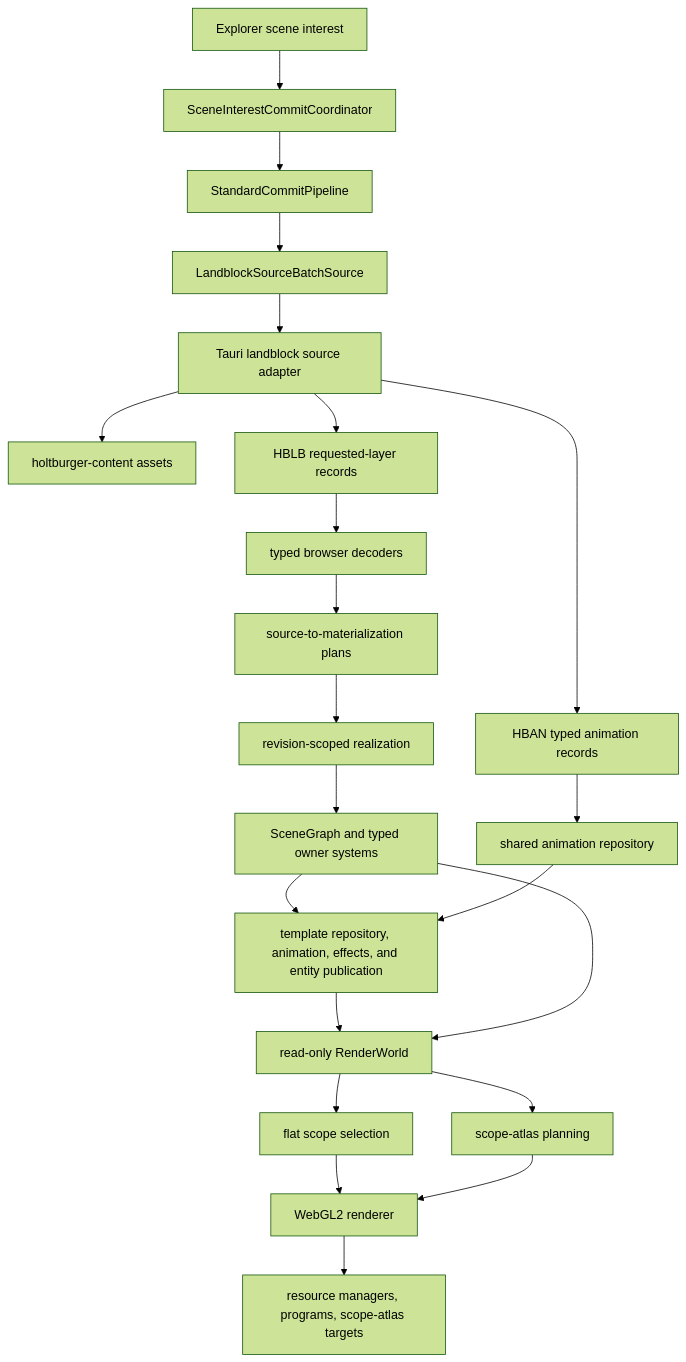
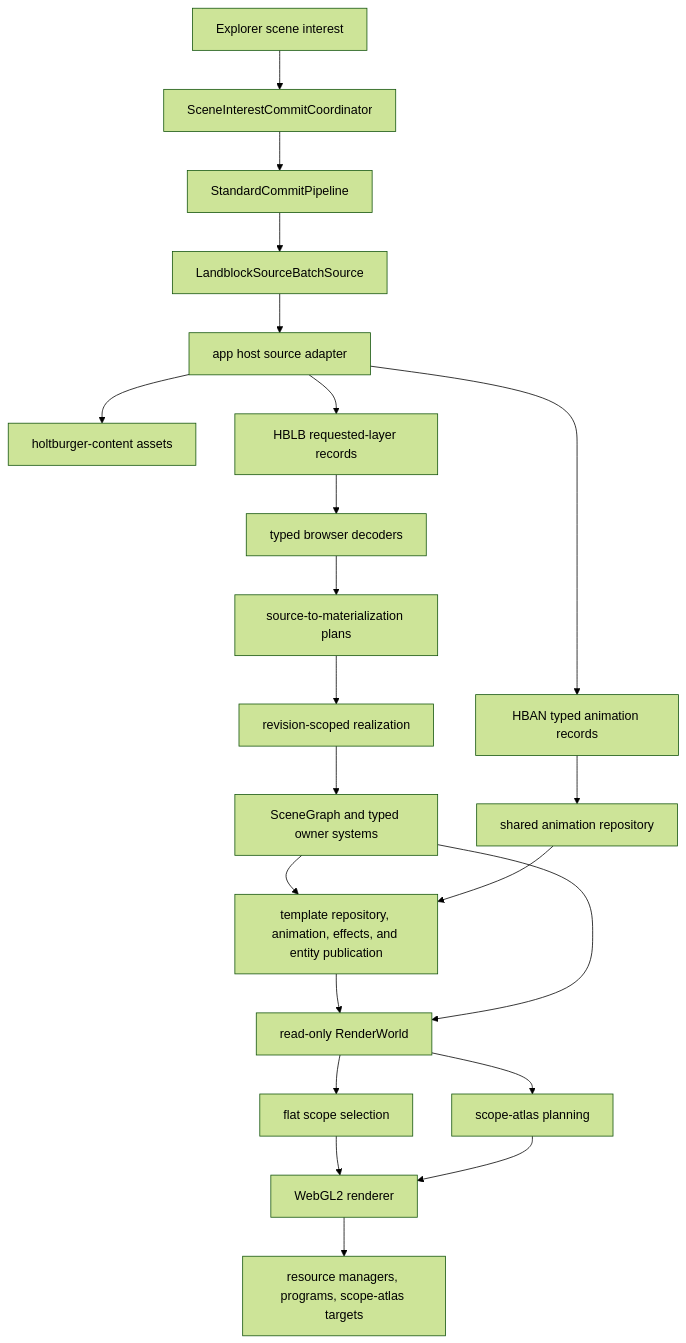
The first of 2 diagrams in apps/holtburger-3d/ARCHITECTURE_AUDIT.md (merklejerk/holtburger), drawn with Mermaid (forest theme) before and after one commit. The commit also changed other lines of this file and 140 other files, not shown here.

````diff
--- a/apps/holtburger-3d/ARCHITECTURE_AUDIT.md
+++ b/apps/holtburger-3d/ARCHITECTURE_AUDIT.md
@@ -26,24 +26,24 @@
 ```mermaid
 flowchart TD
     Interest[Explorer scene interest] --> Coordinator[SceneInterestCommitCoordinator]
     Coordinator --> Pipeline[StandardCommitPipeline]
     Pipeline --> Batch[LandblockSourceBatchSource]
-    Batch --> Host[Tauri landblock source adapter]
+    Batch --> Host[app host source adapter]
     Host --> Content[holtburger-content assets]
     Host --> HBLB[HBLB requested-layer records]
     HBLB --> Decode[typed browser decoders]
     Decode --> Materialize[source-to-materialization plans]
     Materialize --> Realize[revision-scoped realization]
     Realize --> Systems[SceneGraph and typed owner systems]
     Host --> HBAN[HBAN typed animation records]
     HBAN --> AnimRepo[shared animation repository]
     Systems --> Dynamic[template repository, animation, effects, and entity publication]
     AnimRepo --> Dynamic
     Dynamic --> World
     Systems --> World[read-only RenderWorld]
     World --> Flat[flat scope selection]
     World --> Portal[scope-atlas planning]
     Flat --> Renderer[WebGL2 renderer]
     Portal --> Renderer
     Renderer --> Device[resource managers, programs, scope-atlas targets]
 ```
````
